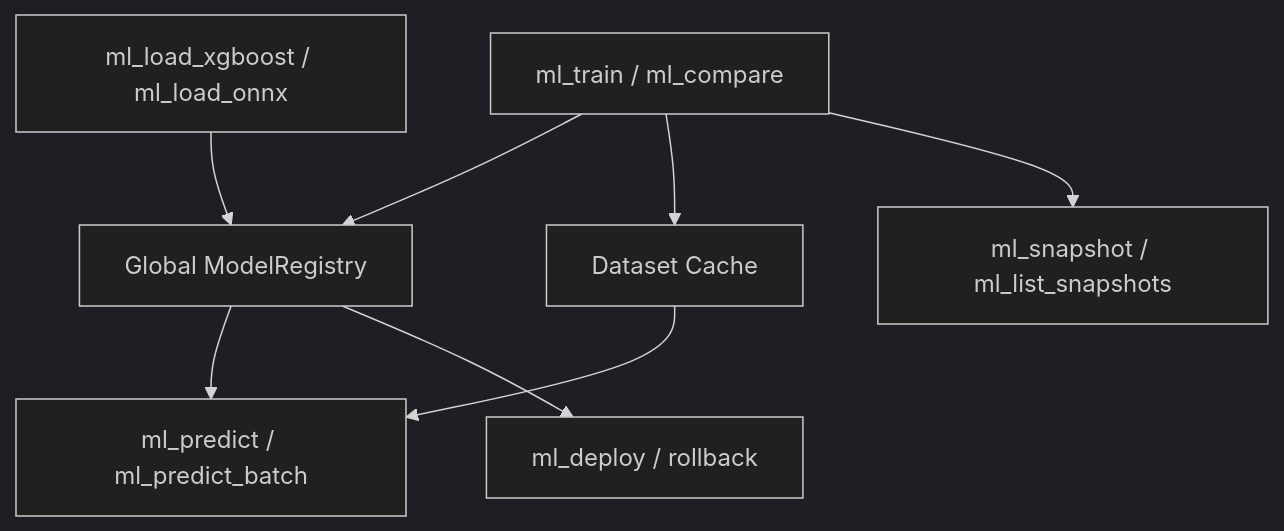
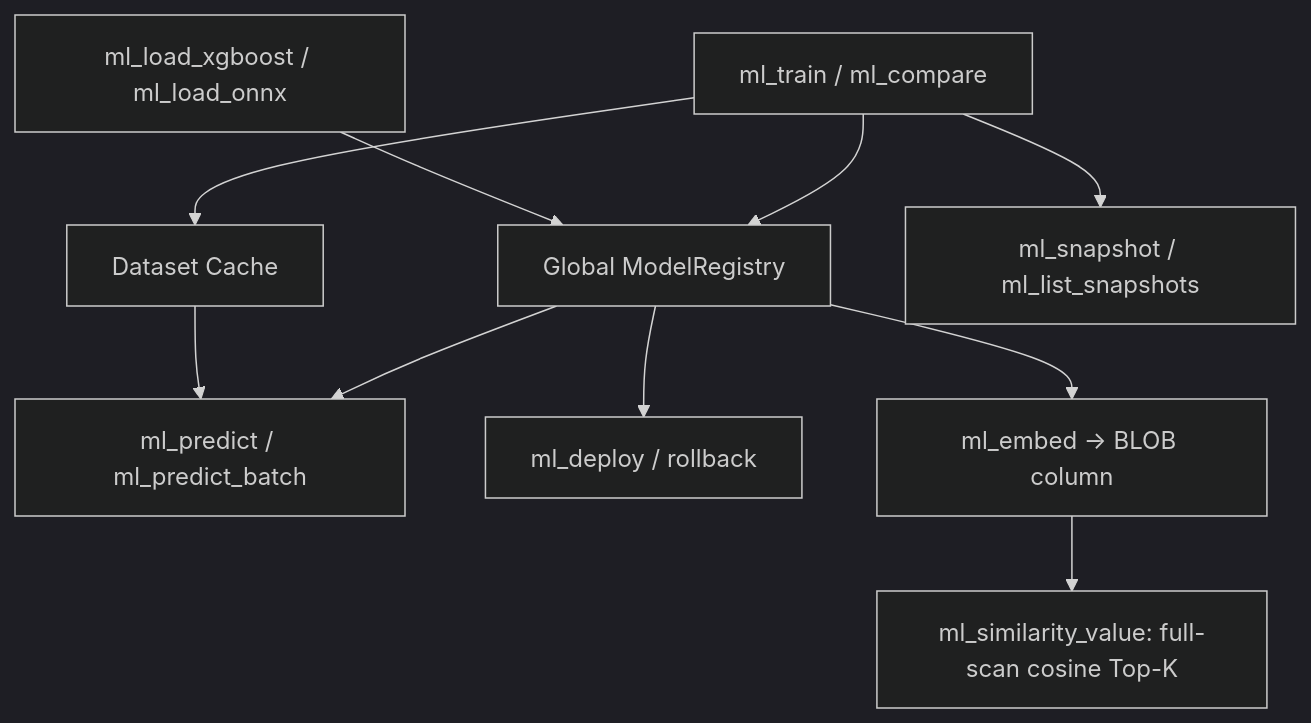
One commit to alitrack/duckdb-ml changed the diagram in README.md. Above: the diagram before and after it, drawn with Mermaid (dark theme). The commit also changed other lines of this file and 4 other files, not shown here.

First line of the commit message:
feat: embedding storage & similarity — ml_embed / ml_similarity_value (AD-001)

````diff
--- a/README.md
+++ b/README.md
@@ -87,10 +134,12 @@
 ```mermaid
 flowchart TD
     A[ml_train / ml_compare] --> B[Global ModelRegistry]
     B --> C[ml_predict / ml_predict_batch]
     A --> D[Dataset Cache]
     D --> C
     B --> E[ml_deploy / rollback]
     A --> F[ml_snapshot / ml_list_snapshots]
     G[ml_load_xgboost / ml_load_onnx] --> B
+    B --> H[ml_embed → BLOB column]
+    H --> I[ml_similarity_value: full-scan cosine Top-K]
 ```
````
